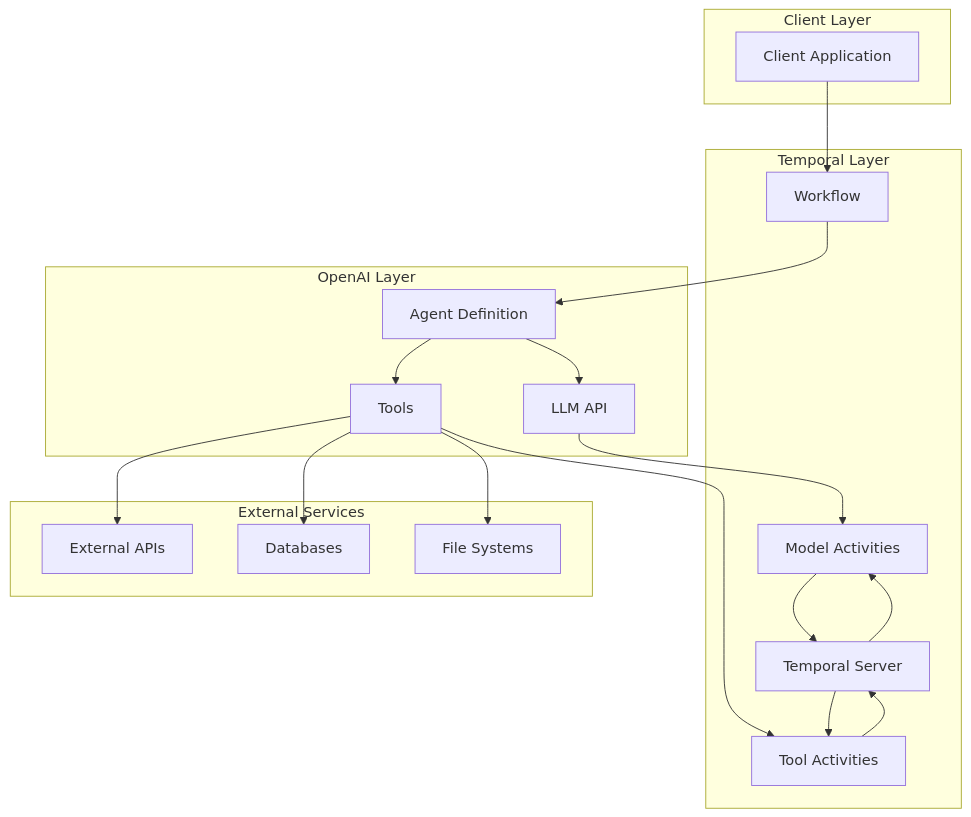
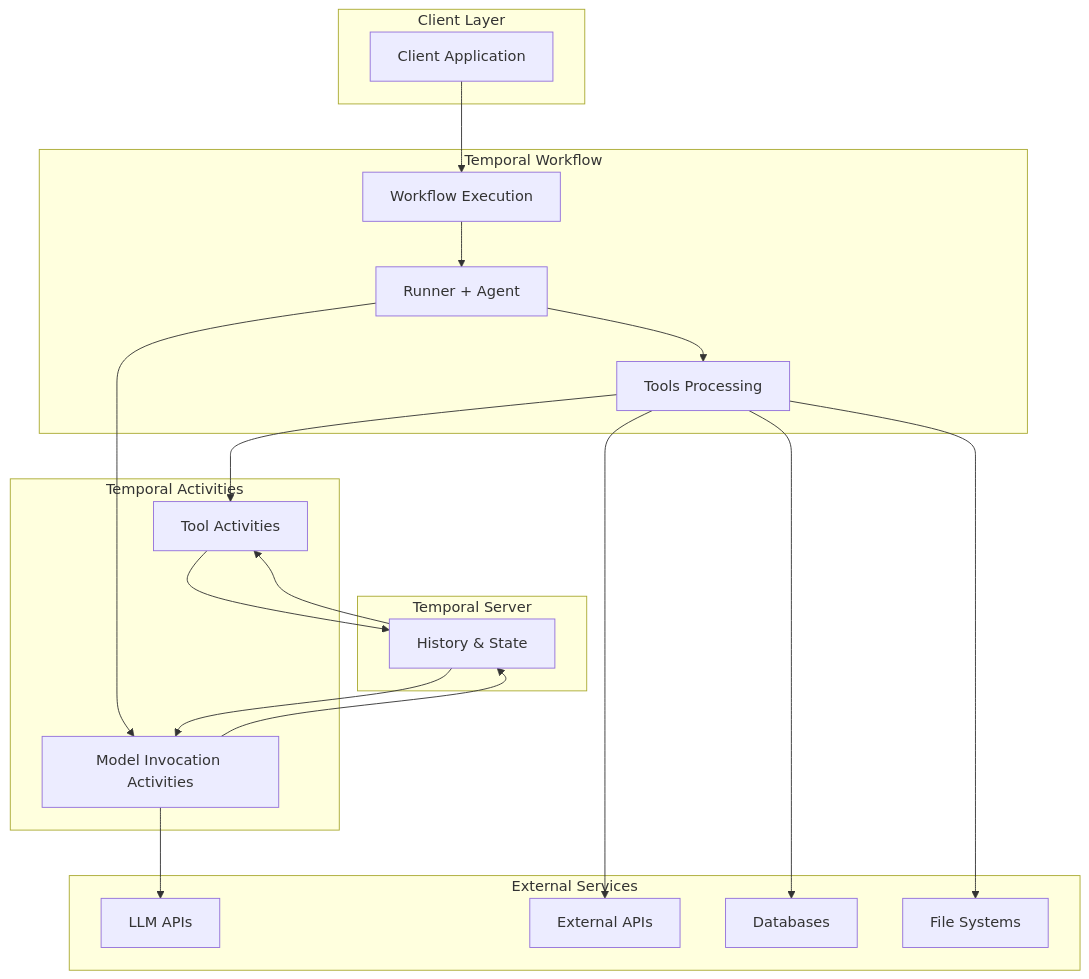
Before and after one commit to temporalio/samples-python: the first of 3 diagrams in docs/openai_agents/ARCHITECTURE.md, drawn with Mermaid. The commit also changed other lines of this file and 4 other files, not shown here.

````diff
--- a/docs/openai_agents/ARCHITECTURE.md
+++ b/docs/openai_agents/ARCHITECTURE.md
@@ -52,41 +52,43 @@
 ```mermaid
 graph TB
     subgraph "Client Layer"
         C[Client Application]
     end
     
-    subgraph "Temporal Layer"
-        W[Workflow]
-        MA[Model Activities]
-        TA[Tool Activities]
-        S[Temporal Server]
+    subgraph "Temporal Workflow"
+        W[Workflow Execution]
+        R[Runner + Agent]
+        T[Tools Processing]
     end
     
-    subgraph "OpenAI Layer"
-        AG[Agent Definition]
-        LLM[LLM API]
-        T[Tools]
+    subgraph "Temporal Activities"
+        MA[Model Invocation Activities]
+        TA[Tool Activities]
     end
     
     subgraph "External Services"
+        LLM[LLM APIs]
         API[External APIs]
         DB[Databases]
         FS[File Systems]
     end
     
+    subgraph "Temporal Server"
+        S[History & State]
+    end
+    
     C --> W
-    W --> AG
-    AG --> LLM
-    AG --> T
-    
-    LLM --> MA
+    W --> R
+    R --> T
+    R --> MA
     T --> TA
     T --> API
     T --> DB
     T --> FS
     
+    MA --> LLM
     MA --> S
     TA --> S
     S --> MA
     S --> TA
 ```
````
